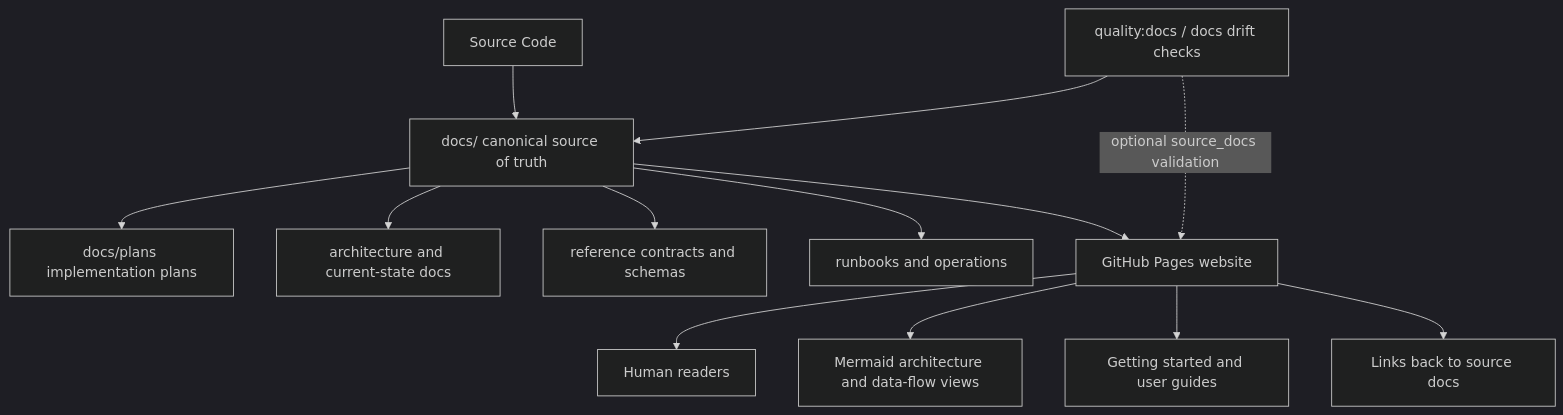
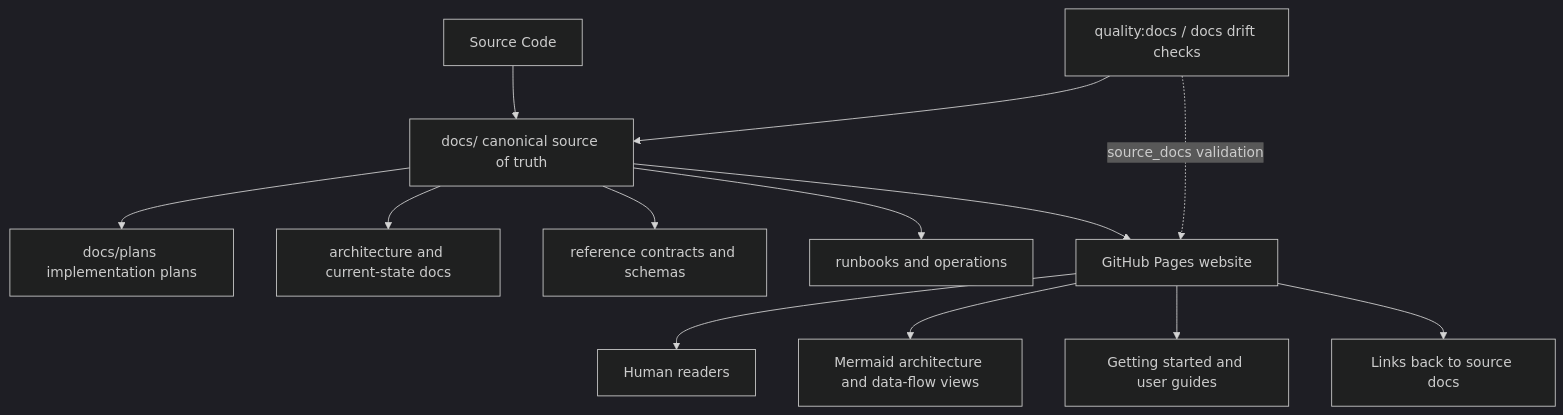
Before and after one commit to yuanyunfan/miniclaw: the second of 4 diagrams in docs/plans/2026-05-15-documentation-strategy.md, drawn with Mermaid (dark theme). The commit also changed other lines of this file, not shown here.

````diff
--- a/docs/plans/2026-05-15-documentation-strategy.md
+++ b/docs/plans/2026-05-15-documentation-strategy.md
@@ -18,17 +155,17 @@
 ```mermaid
 flowchart TD
   Code[Source Code] --> RepoDocs[docs/ canonical source of truth]
   RepoDocs --> Plans[docs/plans implementation plans]
   RepoDocs --> Architecture[architecture and current-state docs]
   RepoDocs --> Reference[reference contracts and schemas]
   RepoDocs --> Runbooks[runbooks and operations]
   RepoDocs --> Site[GitHub Pages website]
 
   Site --> Human[Human readers]
   Site --> Mermaid[Mermaid architecture and data-flow views]
   Site --> Guides[Getting started and user guides]
   Site --> SourceLinks[Links back to source docs]
 
   Quality[quality:docs / docs drift checks] --> RepoDocs
-  Quality -. optional source_docs validation .-> Site
+  Quality -. source_docs validation .-> Site
 ```
````
